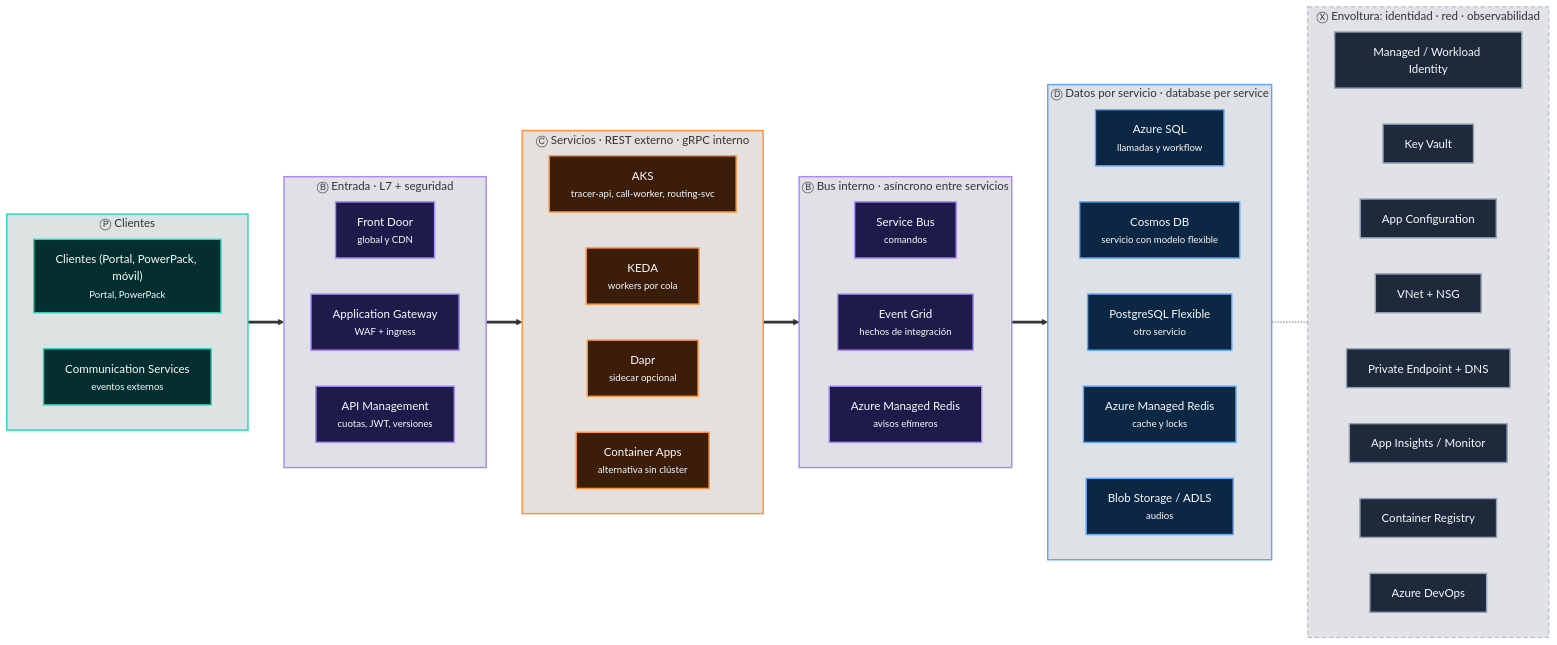
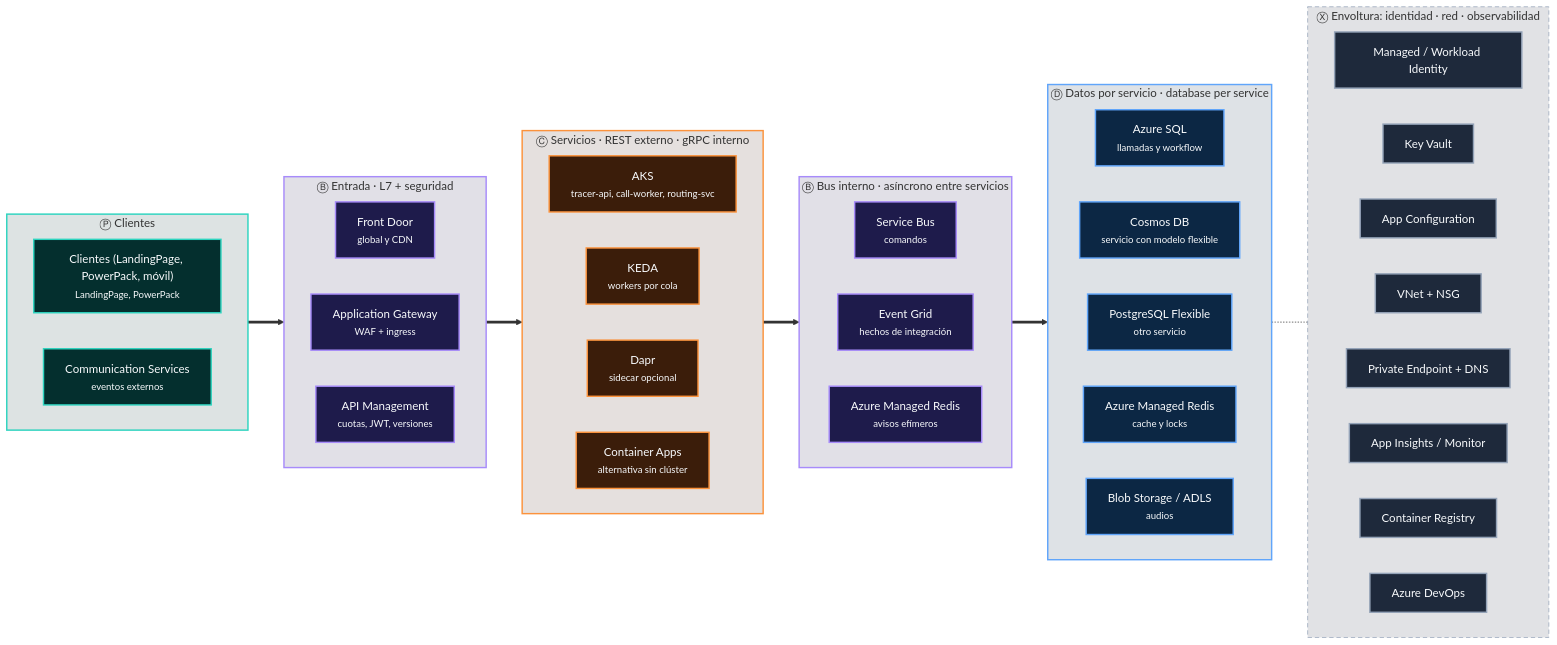
Before and after one commit to CristianSifuentes/QuickTheoryNET: the fourth of 13 diagrams in docs/11-trece-arquitecturas-como-frases.md, drawn with Mermaid. The commit also changed other lines of this file and 23 other files, not shown here.

First line of the commit message:
Rename the Portal project to LandingPage

````diff
--- a/docs/11-trece-arquitecturas-como-frases.md
+++ b/docs/11-trece-arquitecturas-como-frases.md
@@ -322,63 +322,63 @@
 ```mermaid
 flowchart LR
     subgraph L0["Ⓟ Clientes"]
         direction LR
-        L0_0["Clientes (Portal, PowerPack, móvil)<br/><small>Portal, PowerPack</small>"]:::P
+        L0_0["Clientes (LandingPage, PowerPack, móvil)<br/><small>LandingPage, PowerPack</small>"]:::P
         L0_1["Communication Services<br/><small>eventos externos</small>"]:::P
     end
     style L0 fill:#042F2E22,stroke:#2DD4BF,stroke-width:2px
     subgraph L1["Ⓑ Entrada · L7 + seguridad"]
         direction LR
         L1_0["Front Door<br/><small>global y CDN</small>"]:::B
         L1_1["Application Gateway<br/><small>WAF + ingress</small>"]:::B
         L1_2["API Management<br/><small>cuotas, JWT, versiones</small>"]:::B
     end
     style L1 fill:#1E1B4B22,stroke:#A78BFA,stroke-width:2px
     subgraph L2["Ⓒ Servicios · REST externo · gRPC interno"]
         direction LR
         L2_0["AKS<br/><small>tracer-api, call-worker, routing-svc</small>"]:::C
         L2_1["KEDA<br/><small>workers por cola</small>"]:::C
         L2_2["Dapr<br/><small>sidecar opcional</small>"]:::C
         L2_3["Container Apps<br/><small>alternativa sin clúster</small>"]:::C
     end
     style L2 fill:#3B1D0A22,stroke:#FB923C,stroke-width:2px
     subgraph L3["Ⓑ Bus interno · asíncrono entre servicios"]
         direction LR
         L3_0["Service Bus<br/><small>comandos</small>"]:::B
         L3_1["Event Grid<br/><small>hechos de integración</small>"]:::B
         L3_2["Azure Managed Redis<br/><small>avisos efímeros</small>"]:::B
     end
     style L3 fill:#1E1B4B22,stroke:#A78BFA,stroke-width:2px
     subgraph L4["Ⓓ Datos por servicio · database per service"]
         direction LR
         L4_0["Azure SQL<br/><small>llamadas y workflow</small>"]:::D
         L4_1["Cosmos DB<br/><small>servicio con modelo flexible</small>"]:::D
         L4_2["PostgreSQL Flexible<br/><small>otro servicio</small>"]:::D
         L4_3["Azure Managed Redis<br/><small>cache y locks</small>"]:::D
         L4_4["Blob Storage / ADLS<br/><small>audios</small>"]:::D
     end
     style L4 fill:#0C274422,stroke:#60A5FA,stroke-width:2px
     L0 ==> L1
     L1 ==> L2
     L2 ==> L3
     L3 ==> L4
     subgraph XX["Ⓧ Envoltura: identidad · red · observabilidad"]
         direction LR
         X0["Managed / Workload Identity"]:::X
         X1["Key Vault"]:::X
         X2["App Configuration"]:::X
         X3["VNet + NSG"]:::X
         X4["Private Endpoint + DNS"]:::X
         X5["App Insights / Monitor"]:::X
         X6["Container Registry"]:::X
         X7["Azure DevOps"]:::X
     end
     style XX fill:#1E293B22,stroke:#94A3B8,stroke-dasharray:6 4
     L4 -.- XX
     classDef P fill:#042F2E,stroke:#2DD4BF,color:#F8FAFC,stroke-width:2px
     classDef B fill:#1E1B4B,stroke:#A78BFA,color:#F8FAFC,stroke-width:2px
     classDef C fill:#3B1D0A,stroke:#FB923C,color:#F8FAFC,stroke-width:2px
     classDef D fill:#0C2744,stroke:#60A5FA,color:#F8FAFC,stroke-width:2px
     classDef S fill:#1A2E05,stroke:#A3E635,color:#F8FAFC,stroke-width:2px
     classDef X fill:#1E293B,stroke:#94A3B8,color:#F8FAFC,stroke-width:2px
 ```
````
